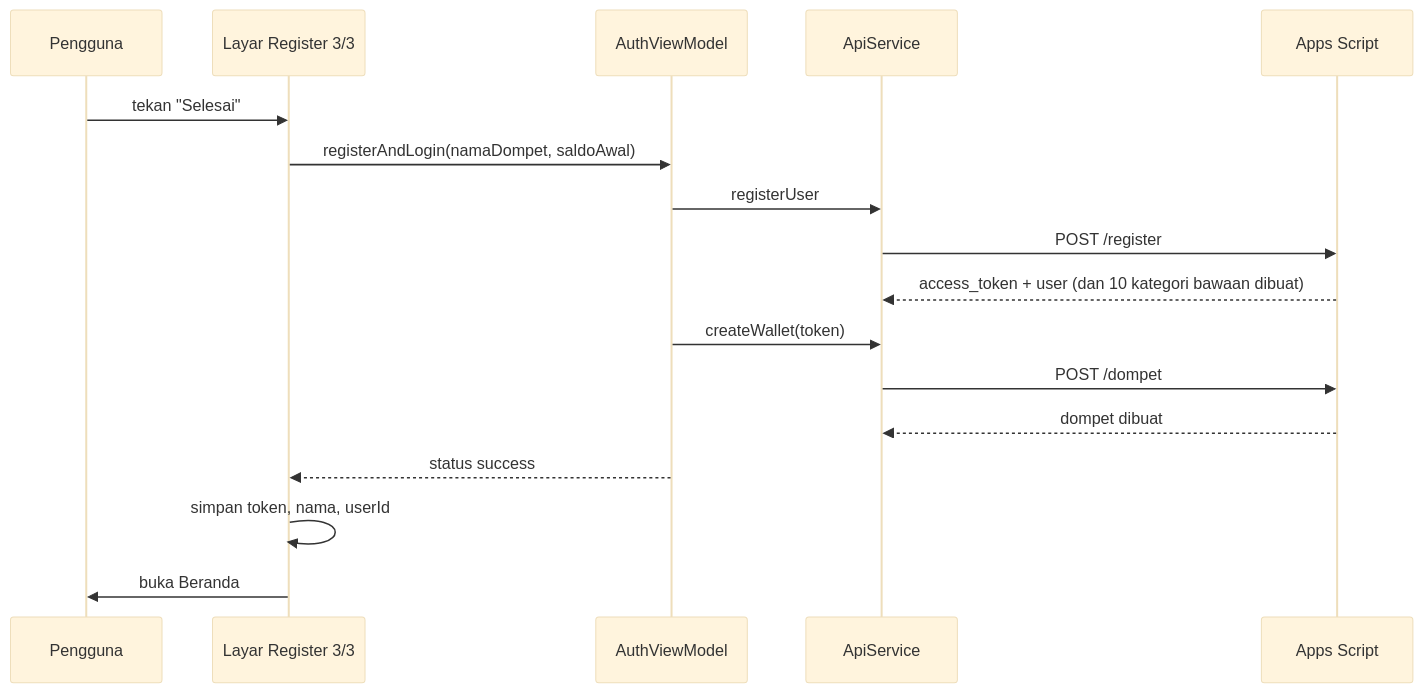
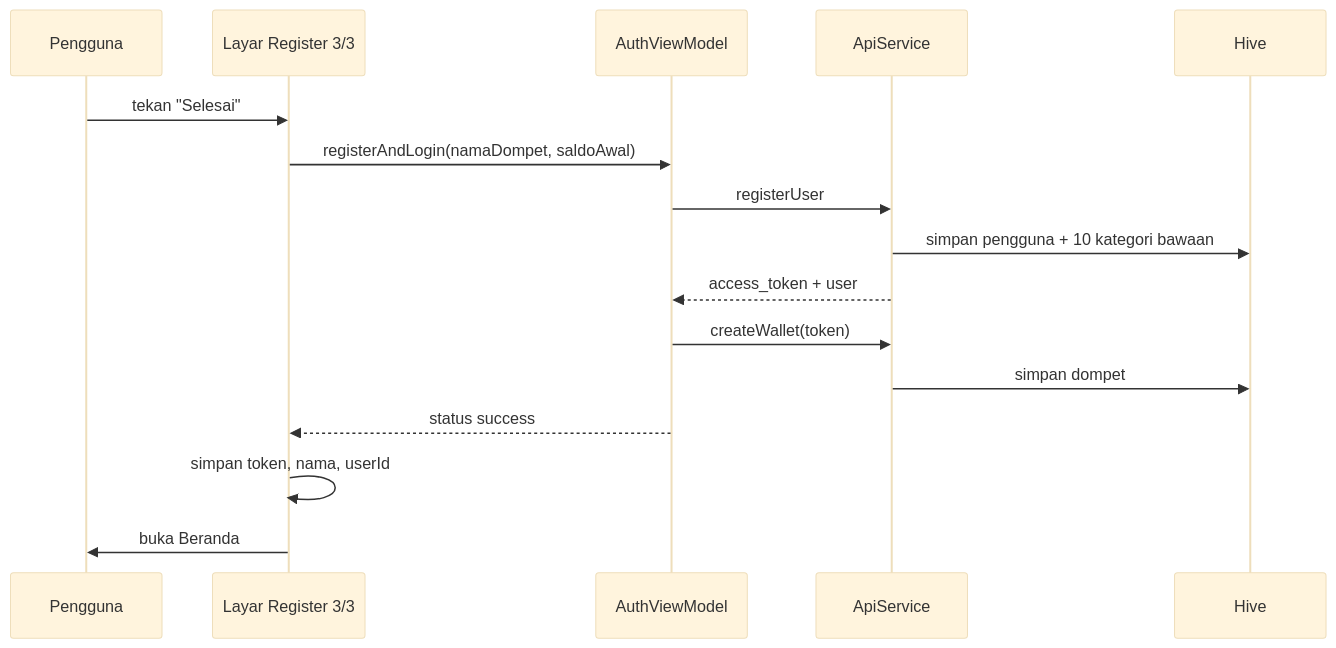
The second of 2 diagrams in docs/wiki/Arsitektur.md (wahyuabied1/flutter-ringkas), drawn with Mermaid (base theme) before and after one commit. The commit also changed other lines of this file and 21 other files, not shown here.

````diff
--- a/docs/wiki/Arsitektur.md
+++ b/docs/wiki/Arsitektur.md
@@ -58,20 +60,19 @@
 ```mermaid
 sequenceDiagram
     participant U as Pengguna
     participant S as Layar Register 3/3
     participant VM as AuthViewModel
     participant API as ApiService
-    participant B as Apps Script
+    participant DB as Hive
 
     U->>S: tekan "Selesai"
     S->>VM: registerAndLogin(namaDompet, saldoAwal)
     VM->>API: registerUser
-    API->>B: POST /register
-    B-->>API: access_token + user (dan 10 kategori bawaan dibuat)
+    API->>DB: simpan pengguna + 10 kategori bawaan
+    API-->>VM: access_token + user
     VM->>API: createWallet(token)
-    API->>B: POST /dompet
-    B-->>API: dompet dibuat
+    API->>DB: simpan dompet
     VM-->>S: status success
     S->>S: simpan token, nama, userId
     S->>U: buka Beranda
 ```
````
